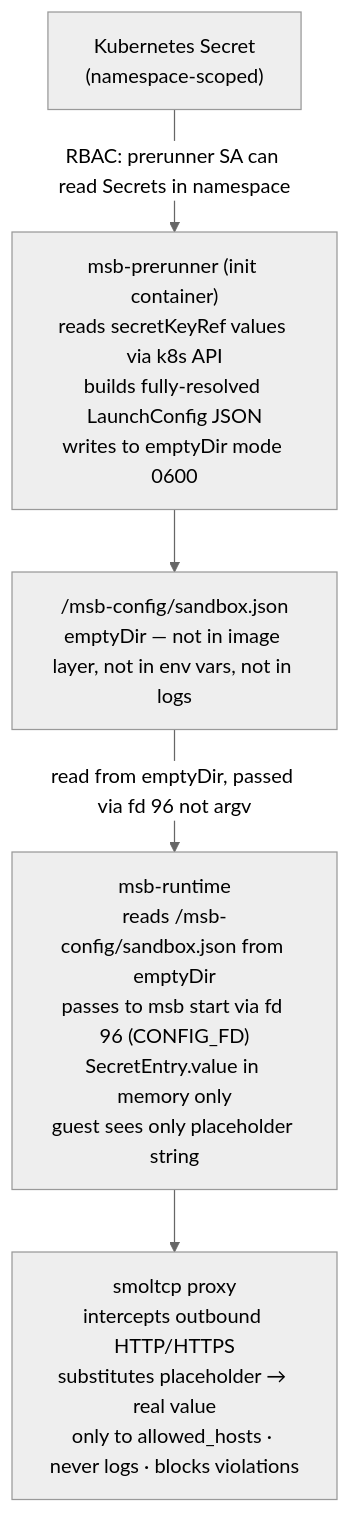
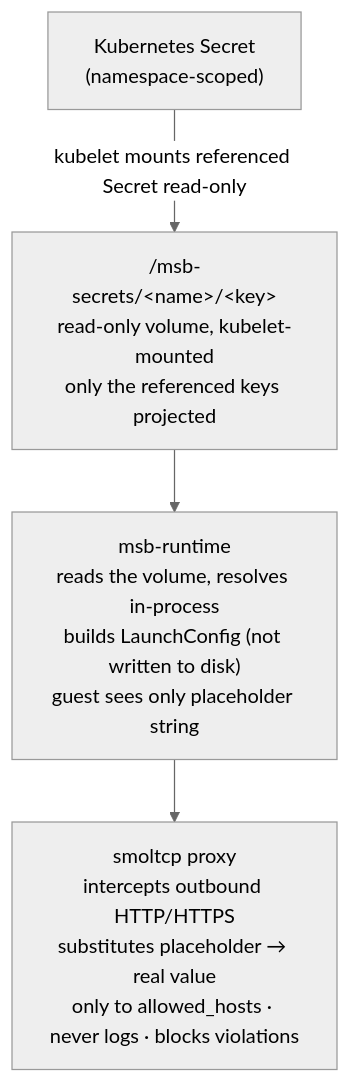
Before and after one commit to TheRealSibasishBehera/msb-operator: diagram 11 of 13 in docs/operator-design.md, drawn with Mermaid (neutral theme). The commit also changed other lines of this file, not shown here.

First line of the commit message:
docs: remove msb-prerunner, secrets resolved in the runtime

````diff
--- a/docs/operator-design.md
+++ b/docs/operator-design.md
@@ -822,13 +791,11 @@
 ```mermaid
 flowchart TD
     A["Kubernetes Secret<br/>(namespace-scoped)"]
-    B["msb-prerunner (init container)<br/>reads secretKeyRef values via k8s API<br/>builds fully-resolved LaunchConfig JSON<br/>writes to emptyDir mode 0600"]
-    C["/msb-config/sandbox.json<br/>emptyDir — not in image layer, not in env vars, not in logs"]
-    D["msb-runtime<br/>reads /msb-config/sandbox.json from emptyDir<br/>passes to msb start via fd 96 (CONFIG_FD)<br/>SecretEntry.value in memory only<br/>guest sees only placeholder string"]
+    C["/msb-secrets/&lt;name&gt;/&lt;key&gt;<br/>read-only volume, kubelet-mounted<br/>only the referenced keys projected"]
+    D["msb-runtime<br/>reads the volume, resolves in-process<br/>builds LaunchConfig (not written to disk)<br/>guest sees only placeholder string"]
     E["smoltcp proxy<br/>intercepts outbound HTTP/HTTPS<br/>substitutes placeholder → real value<br/>only to allowed_hosts · never logs · blocks violations"]
 
-    A -->|"RBAC: prerunner SA can read Secrets in namespace"| B
-    B --> C
-    C -->|"read from emptyDir, passed via fd 96 not argv"| D
+    A -->|"kubelet mounts referenced Secret read-only"| C
+    C --> D
     D --> E
 ```
````
